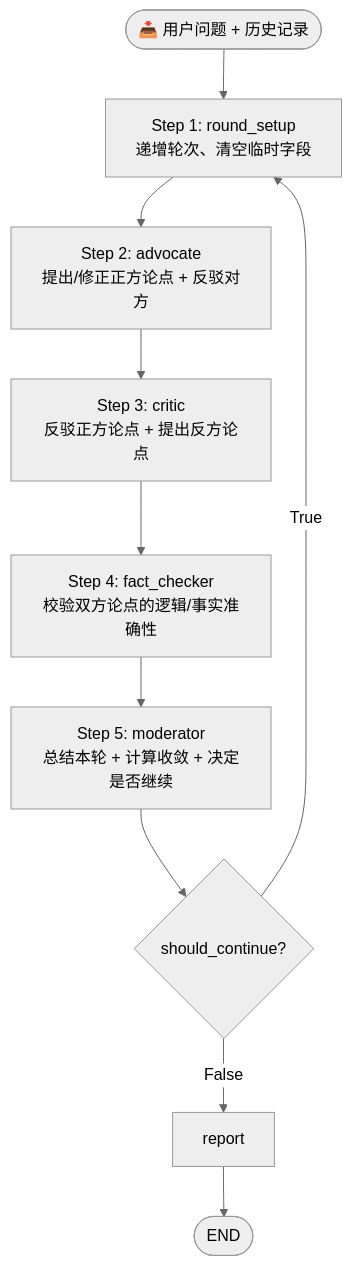
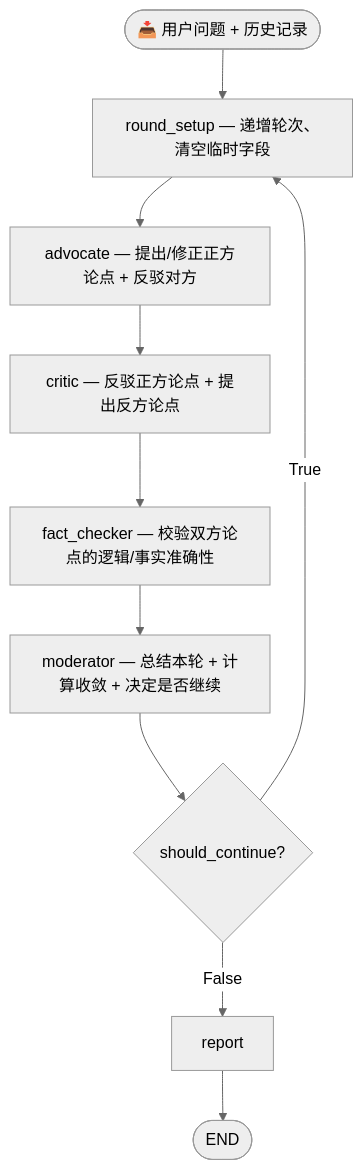
One commit to CAgcoder/MaverickJ changed the second of 3 diagrams in README.md. Above: the diagram before and after it, drawn with Mermaid (neutral theme). The commit also changed other lines of this file and 5 other files, not shown here.

````diff
--- a/README.md
+++ b/README.md
@@ -105,22 +246,16 @@
 ```mermaid
 flowchart TD
     INPUT(["📥 用户问题 + 历史记录"])
-    S1["Step 1: round_setup\n递增轮次、清空临时字段"]
-    S2["Step 2: advocate\n提出/修正正方论点 + 反驳对方"]
-    S3["Step 3: critic\n反驳正方论点 + 提出反方论点"]
-    S4["Step 4: fact_checker\n校验双方论点的逻辑/事实准确性"]
-    S5["Step 5: moderator\n总结本轮 + 计算收敛 + 决定是否继续"]
+    S1["round_setup — 递增轮次、清空临时字段"]
+    S2["advocate — 提出/修正正方论点 + 反驳对方"]
+    S3["critic — 反驳正方论点 + 提出反方论点"]
+    S4["fact_checker — 校验双方论点的逻辑/事实准确性"]
+    S5["moderator — 总结本轮 + 计算收敛 + 决定是否继续"]
     COND{should_continue?}
     REPORT["report"]
     END([END])
 
-    INPUT --> S1
-    S1 --> S2
-    S2 --> S3
-    S3 --> S4
-    S4 --> S5
-    S5 --> COND
+    INPUT --> S1 --> S2 --> S3 --> S4 --> S5 --> COND
     COND -->|True| S1
-    COND -->|False| REPORT
-    REPORT --> END
+    COND -->|False| REPORT --> END
 ```
````
